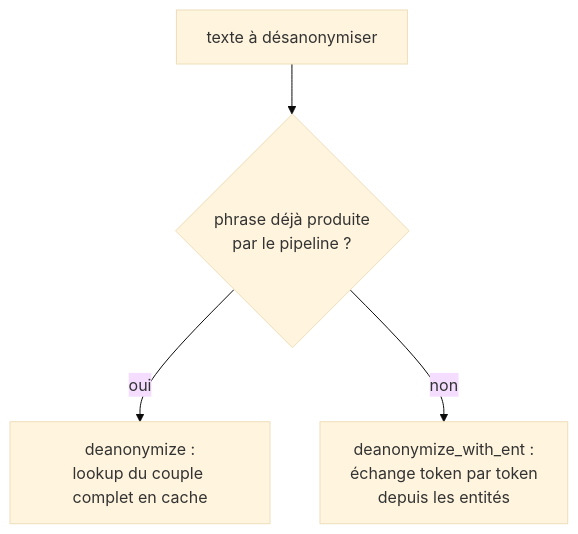
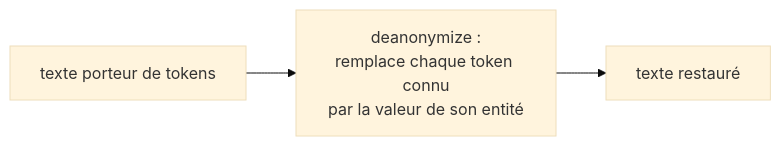
One commit to Athroniaeth/piighost changed the fourth of 4 diagrams in docs/en/conception.md. Above: the diagram before and after it, drawn with Mermaid (base theme). The commit also changed other lines of this file and 57 other files, not shown here.

````diff
--- a/docs/en/conception.md
+++ b/docs/en/conception.md
@@ -206,6 +207,4 @@
 ```mermaid
-flowchart TB
-    IN["texte à désanonymiser"] --> Q{"phrase déjà produite\npar le pipeline ?"}
-    Q -- oui --> C["deanonymize :\nlookup du couple complet en cache"]
-    Q -- non --> M["deanonymize_with_ent :\néchange token par token\ndepuis les entités"]
+flowchart LR
+    IN["texte porteur de tokens"] --> D["deanonymize :\nremplace chaque token connu\npar la valeur de son entité"] --> OUT["texte restauré"]
 ```
````
